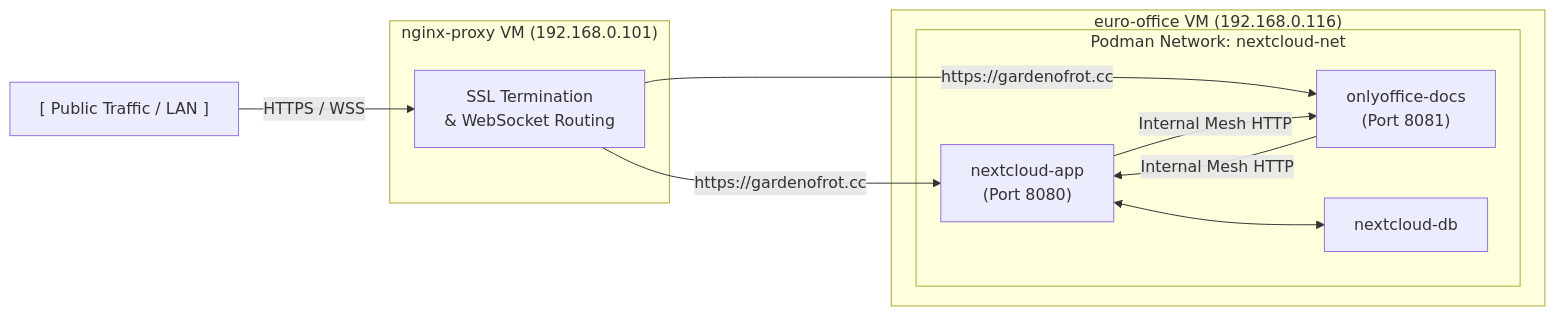
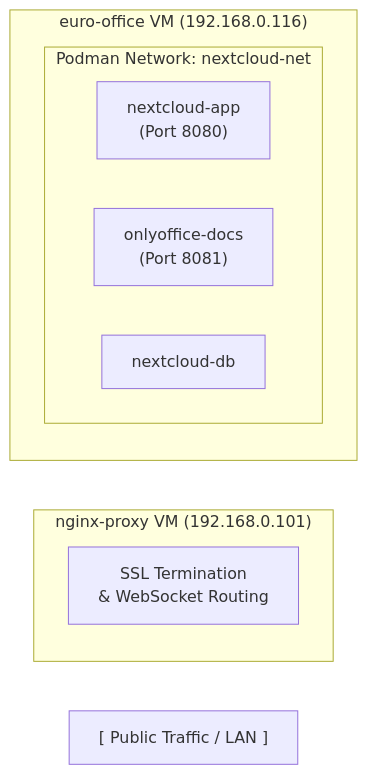
The first of 2 diagrams in K8_resources/setup-2026/nextcloud_onlyoffice/netxtcloud-openoffice-2026-Aug-307.md (mckeepa/linux-how-to), drawn with Mermaid before and after one commit. The commit also changed other lines of this file and 5 other files, not shown here.

````diff
--- a/K8_resources/setup-2026/nextcloud_onlyoffice/netxtcloud-openoffice-2026-Aug-307.md
+++ b/K8_resources/setup-2026/nextcloud_onlyoffice/netxtcloud-openoffice-2026-Aug-307.md
@@ -11,26 +11,17 @@
 ```mermaid
 graph LR
     %% Node Definitions
     Public["[ Public Traffic / LAN ]"]
     
     subgraph NginxProxy ["nginx-proxy VM (192.168.0.101)"]
         NP_Details["SSL Termination<br>& WebSocket Routing"]
     end
     
     subgraph EuroOffice ["euro-office VM (192.168.0.116)"]
         subgraph PodmanNet ["Podman Network: nextcloud-net"]
             NC_App["nextcloud-app<br>(Port 8080)"]
             OO_Docs["onlyoffice-docs<br>(Port 8081)"]
             NC_DB["nextcloud-db"]
         end
     end
-
-    %% Flow Connections
-    Public -->|HTTPS / WSS| NP_Details
-    NP_Details -->|https://gardenofrot.cc| NC_App
-    NP_Details -->|https://gardenofrot.cc| OO_Docs
-    NC_App <--> NC_DB
-    NC_App -->|Internal Mesh HTTP| OO_Docs
-    OO_Docs -->|Internal Mesh HTTP| NC_App
-
 ```
````
